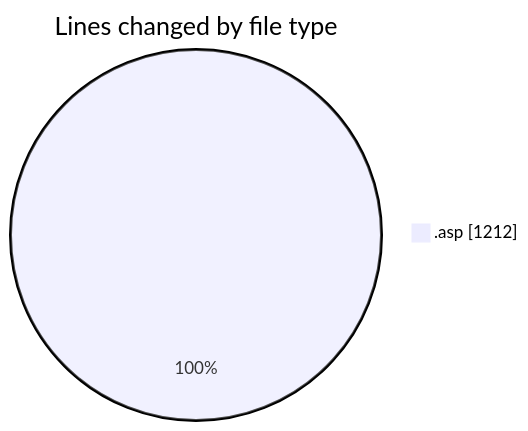
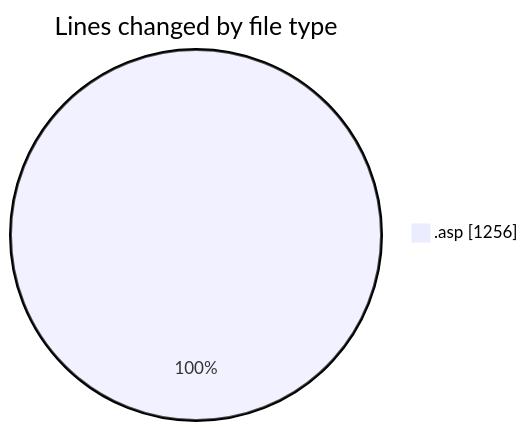
Before and after one commit to julien-gomy/code-tracking: the first of 2 diagrams in 2025-11-04/cdp_aleoudev_fr__workspace_/README.md, drawn with Mermaid. The commit also changed other lines of this file and 1 other file, not shown here.

````diff
--- a/2025-11-04/cdp_aleoudev_fr__workspace_/README.md
+++ b/2025-11-04/cdp_aleoudev_fr__workspace_/README.md
@@ -20,5 +21,5 @@
 ```mermaid
 pie showData
 title Lines changed by file type
-".asp" : 1212
+".asp" : 1256
 ```
````
